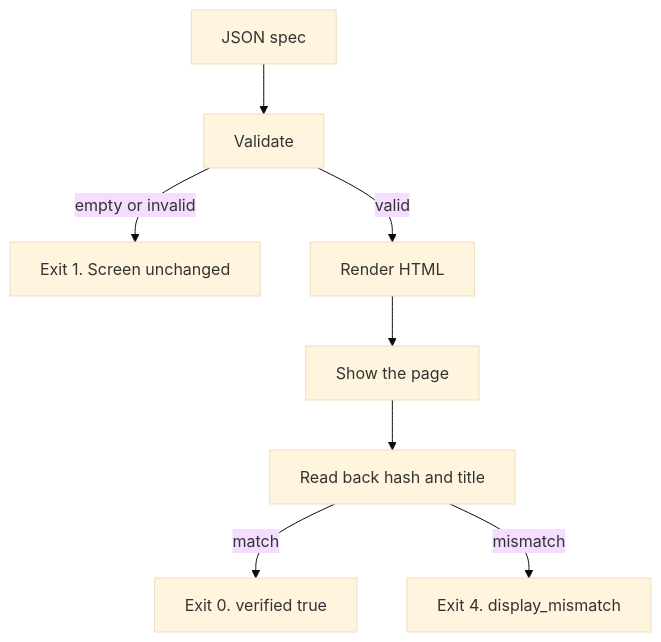
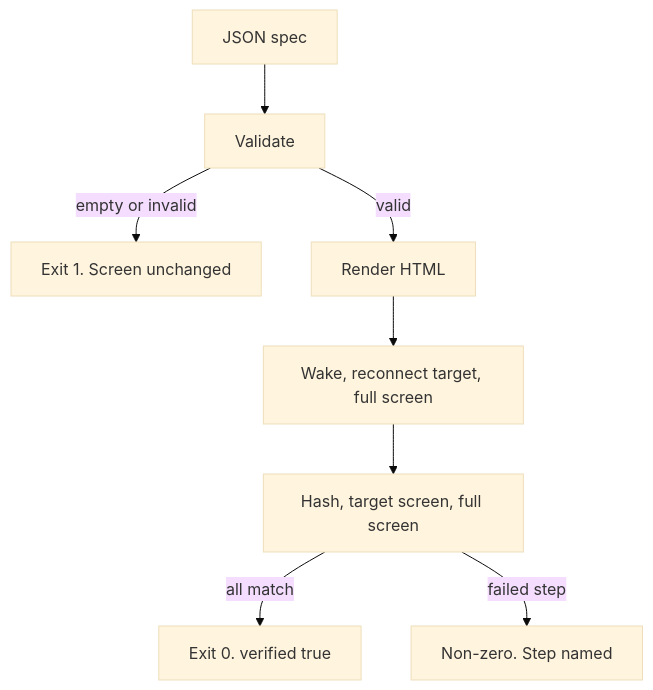
One commit to stewartavery/home-signal changed the first of 4 diagrams in docs/display-layout.md. Above: the diagram before and after it, drawn with Mermaid (base theme). The commit also changed 24 other files, not shown here.

First line of the commit message:
Wake the target display before showing a page, and fail if it is not there.

````diff
--- a/docs/display-layout.md
+++ b/docs/display-layout.md
@@ -7,10 +7,10 @@
 ```mermaid
 flowchart TD
   spec[JSON spec] --> validate[Validate]
   validate -->|empty or invalid| fail[Exit 1. Screen unchanged]
   validate -->|valid| render[Render HTML]
-  render --> show[Show the page]
-  show --> verify[Read back hash and title]
-  verify -->|match| ok[Exit 0. verified true]
-  verify -->|mismatch| mismatch[Exit 4. display_mismatch]
+  render --> show[Wake, reconnect target, full screen]
+  show --> verify[Hash, target screen, full screen]
+  verify -->|all match| ok[Exit 0. verified true]
+  verify -->|failed step| mismatch[Non-zero. Step named]
 ```
````
